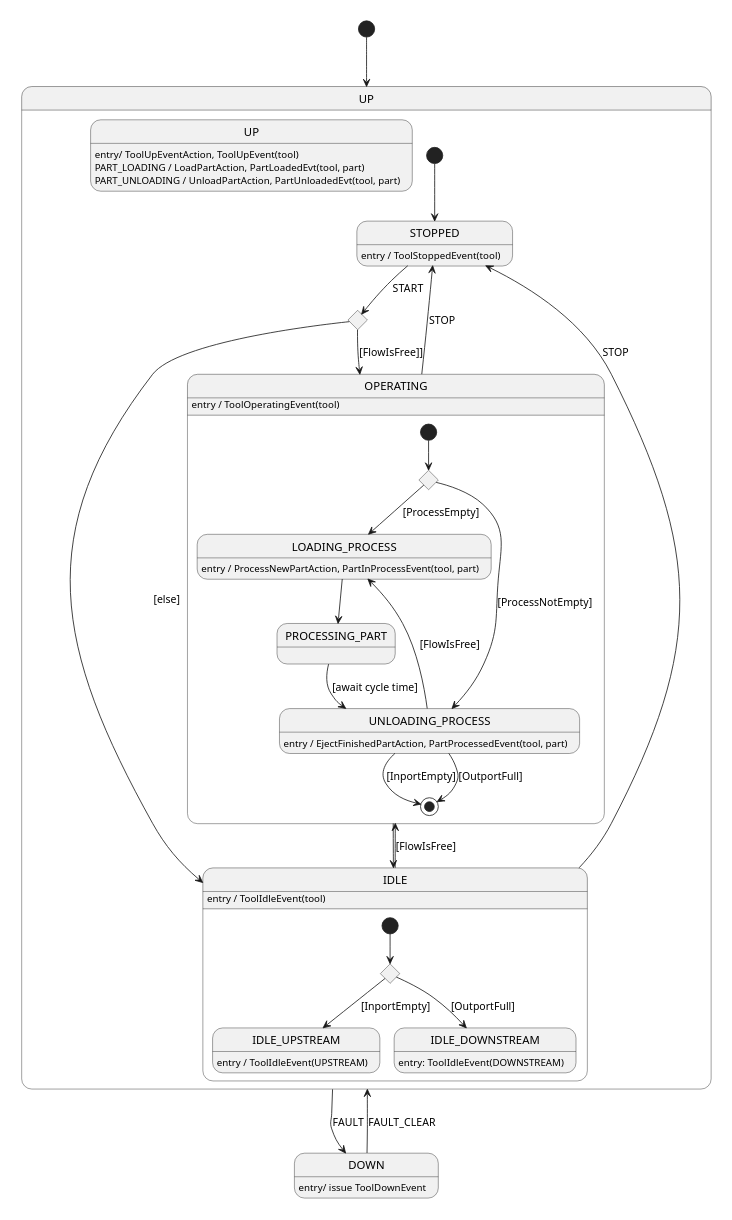
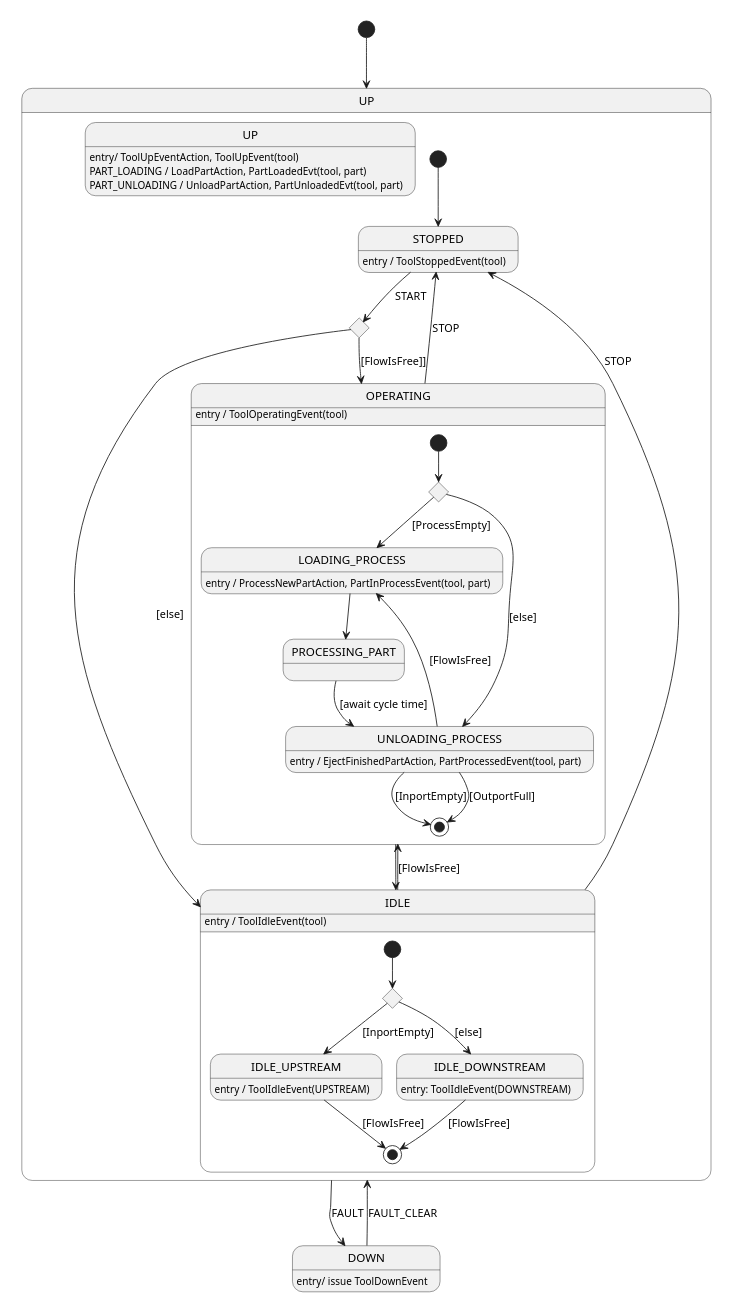
Before and after one commit to onouv/mes-tool-mock-srv: the diagram in doc/domain/tool-5.state.puml, drawn with PlantUML. The commit also changed 23 other files, not shown here.

Commit message:
hangs on choice pseudo state in operating state

```diff
--- a/doc/domain/tool-5.state.puml
+++ b/doc/domain/tool-5.state.puml
@@ -1,61 +1,63 @@
 @startuml
 'https://plantuml.com/state-diagram
 skinparam defaultTextAlignment left
 scale 350 width
 
 [*] --> UP
 state DOWN : entry/ issue ToolDownEvent
 
 state UP {
     state UP: entry/ ToolUpEventAction, ToolUpEvent(tool)
     state UP: PART_LOADING / LoadPartAction, PartLoadedEvt(tool, part)
     state UP: PART_UNLOADING / UnloadPartAction, PartUnloadedEvt(tool, part)
 
     state STOPPED
     state UP_CHOICE <<choice>>
 
     STOPPED: entry / ToolStoppedEvent(tool)
 
     [*] --> STOPPED
     STOPPED --> UP_CHOICE: START
     UP_CHOICE --> OPERATING: [FlowIsFree]]
     UP_CHOICE --> IDLE: [else]
 
     OPERATING --> STOPPED: STOP
     OPERATING --> IDLE
 
     state IDLE {
         IDLE: entry / ToolIdleEvent(tool)
         state IDLE_UPSTREAM: entry / ToolIdleEvent(UPSTREAM)
         state IDLE_DOWNSTREAM: entry: ToolIdleEvent(DOWNSTREAM)
         state IDLE_CHOICE <<choice>>
         [*] --> IDLE_CHOICE
         IDLE_CHOICE --> IDLE_UPSTREAM: [InportEmpty]
-        IDLE_CHOICE --> IDLE_DOWNSTREAM: [OutportFull]
+        IDLE_CHOICE --> IDLE_DOWNSTREAM: [else]
+        IDLE_UPSTREAM --> [*]:[FlowIsFree]
+        IDLE_DOWNSTREAM --> [*]:[FlowIsFree]
     }
 
     state OPERATING {
         OPERATING: entry / ToolOperatingEvent(tool)
         state LOADING_PROCESS: entry / ProcessNewPartAction, PartInProcessEvent(tool, part)
         state UNLOADING_PROCESS: entry / EjectFinishedPartAction, PartProcessedEvent(tool, part)
-        state CHOICE_LOADING <<choice>>
+        state OPERATING_CHOICE <<choice>>
         state PROCESSING_PART
 
-        [*] --> CHOICE_LOADING
-        CHOICE_LOADING --> LOADING_PROCESS: [ProcessEmpty]
-        CHOICE_LOADING --> UNLOADING_PROCESS: [ProcessNotEmpty]
+        [*] --> OPERATING_CHOICE
+        OPERATING_CHOICE --> LOADING_PROCESS: [ProcessEmpty]
+        OPERATING_CHOICE --> UNLOADING_PROCESS: [else]
         LOADING_PROCESS --> PROCESSING_PART
 
         PROCESSING_PART --> UNLOADING_PROCESS: [await cycle time]
         UNLOADING_PROCESS --> LOADING_PROCESS: [FlowIsFree]
         UNLOADING_PROCESS --> [*] : [InportEmpty]
         UNLOADING_PROCESS --> [*] : [OutportFull]
     }
 
     IDLE --> OPERATING: [FlowIsFree]
     IDLE --> STOPPED: STOP
 }
 
 UP --> DOWN: FAULT
 DOWN --> UP: FAULT_CLEAR
 @enduml
```
